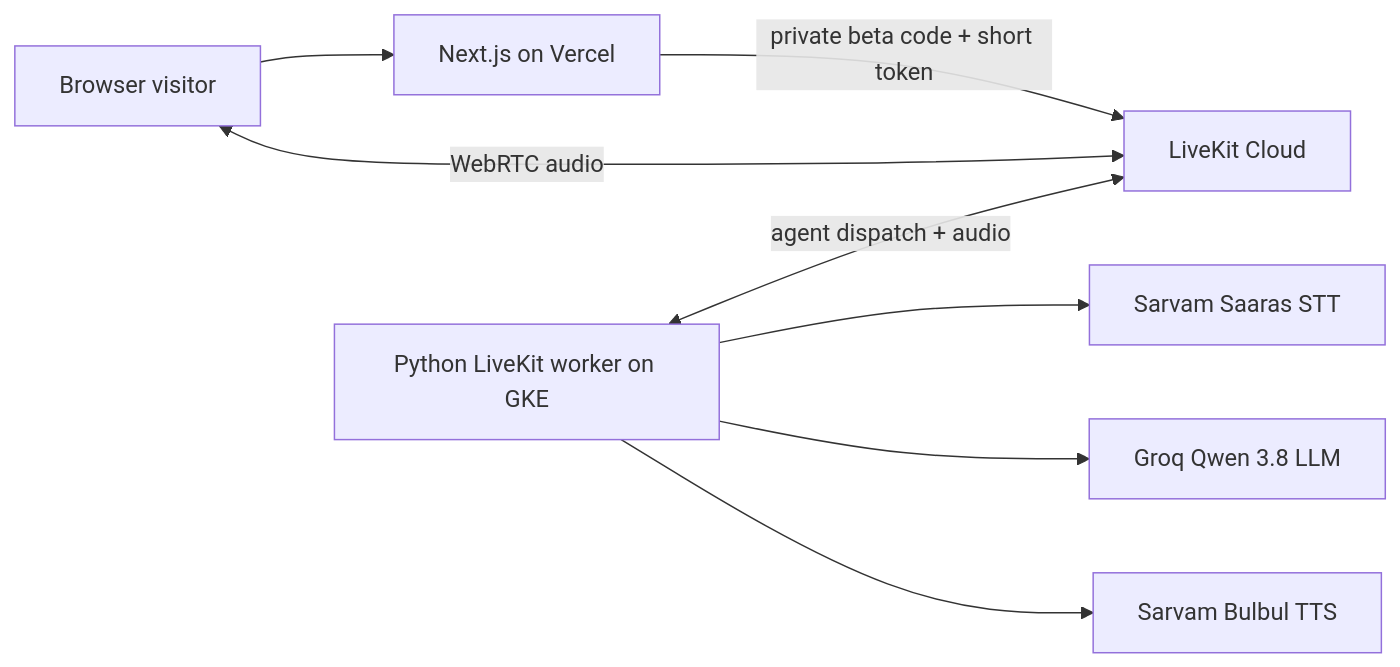
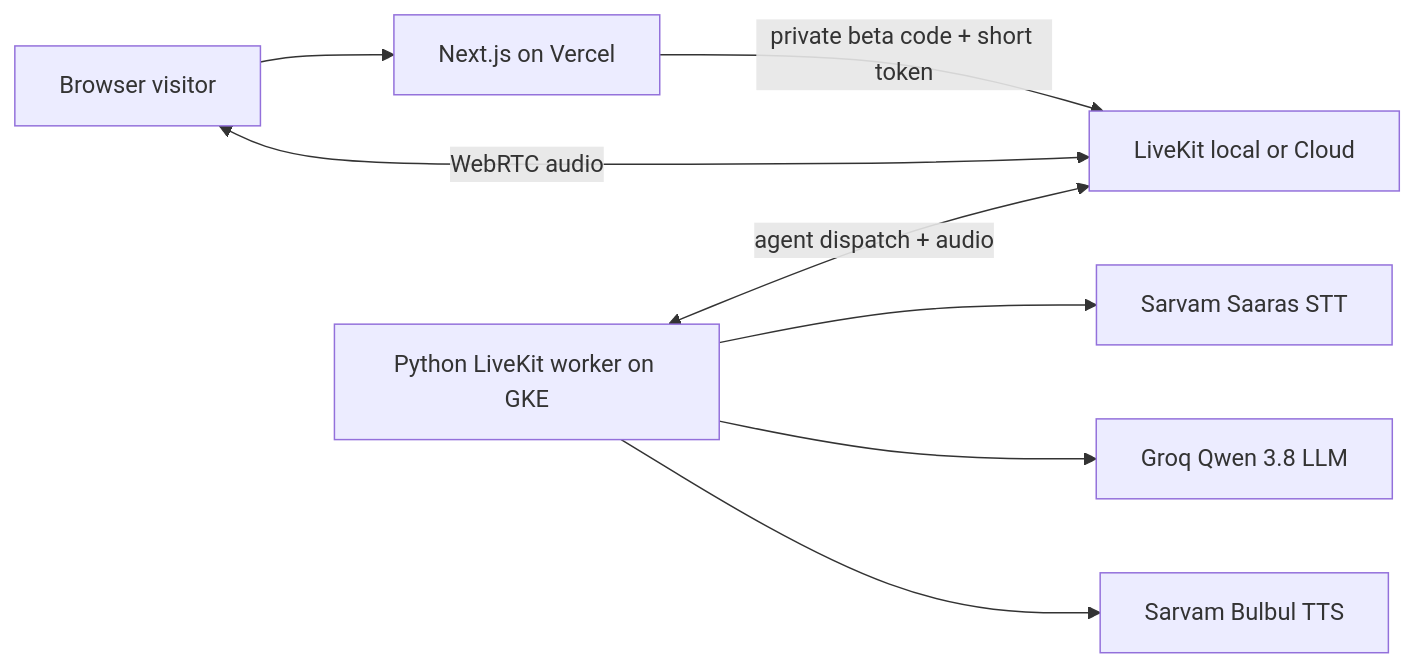
Before and after one commit to PJNoob/yojnapath: the diagram in README.md, drawn with Mermaid. The commit also changed other lines of this file and 11 other files, not shown here.

Commit message:
Add local LiveKit Compose setup and refresh web dependencies

````diff
--- a/README.md
+++ b/README.md
@@ -9,10 +9,10 @@
 ```mermaid
 flowchart LR
     Visitor[Browser visitor] --> Web[Next.js on Vercel]
-    Web -->|private beta code + short token| LiveKit[LiveKit Cloud]
+    Web -->|private beta code + short token| LiveKit[LiveKit local or Cloud]
     Visitor <-->|WebRTC audio| LiveKit
     Worker[Python LiveKit worker on GKE] <-->|agent dispatch + audio| LiveKit
     Worker --> STT[Sarvam Saaras STT]
     Worker --> LLM[Groq Qwen 3.8 LLM]
     Worker --> TTS[Sarvam Bulbul TTS]
 ```
````
